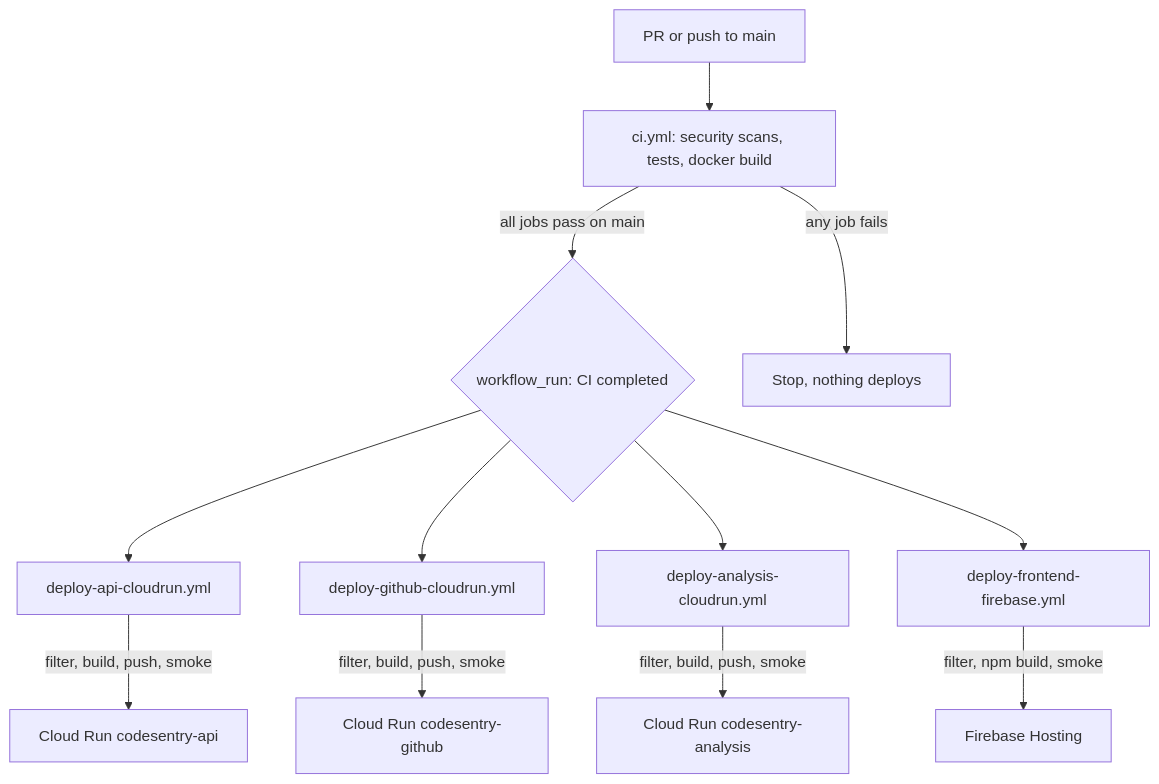
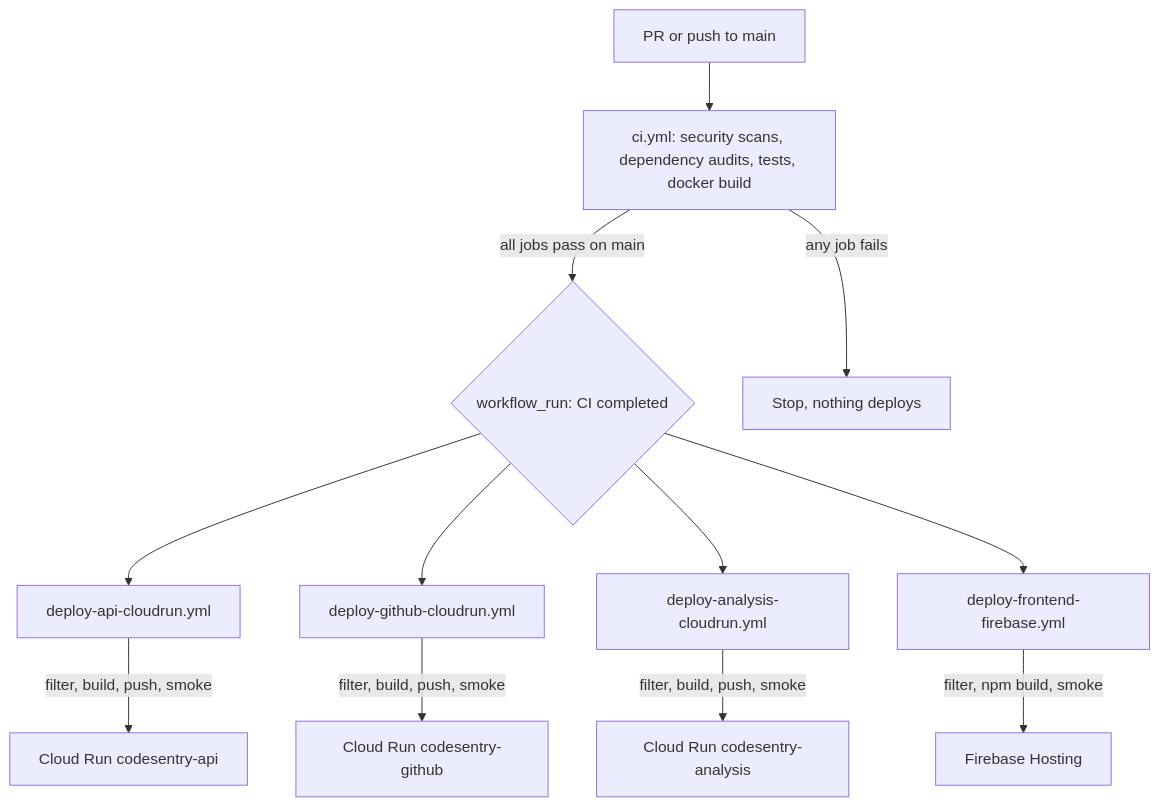
The diagram in docs/deployment/ci-cd-pipeline.md (aicodesentry/codesentry), drawn with Mermaid before and after one commit. The commit also changed other lines of this file and 3 other files, not shown here.

Commit message:
Gate CI on dependency audits

````diff
--- a/docs/deployment/ci-cd-pipeline.md
+++ b/docs/deployment/ci-cd-pipeline.md
@@ -12,16 +12,16 @@
 ```mermaid
 flowchart TD
-  Trigger[PR or push to main] --> CI[ci.yml: security scans, tests, docker build]
+  Trigger[PR or push to main] --> CI[ci.yml: security scans, dependency audits, tests, docker build]
   CI -->|all jobs pass on main| Deploy{workflow_run: CI completed}
   CI -->|any job fails| Stop[Stop, nothing deploys]
 
   Deploy --> API[deploy-api-cloudrun.yml]
   Deploy --> GH[deploy-github-cloudrun.yml]
   Deploy --> Analysis[deploy-analysis-cloudrun.yml]
   Deploy --> FE[deploy-frontend-firebase.yml]
 
   API -->|filter, build, push, smoke| RunAPI[Cloud Run codesentry-api]
   GH -->|filter, build, push, smoke| RunGH[Cloud Run codesentry-github]
   Analysis -->|filter, build, push, smoke| RunAn[Cloud Run codesentry-analysis]
   FE -->|filter, npm build, smoke| Firebase[Firebase Hosting]
 ```
````
